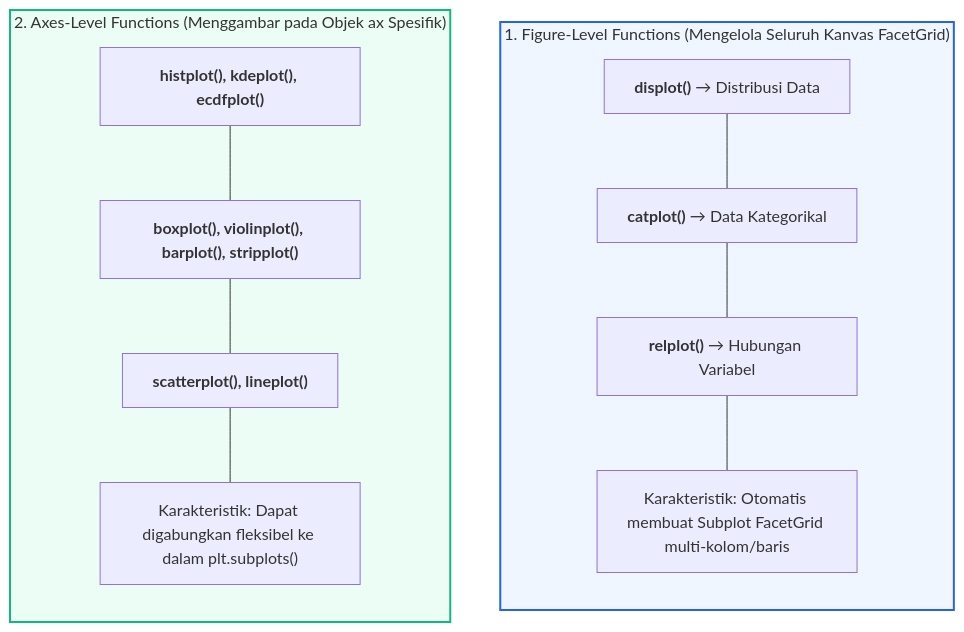
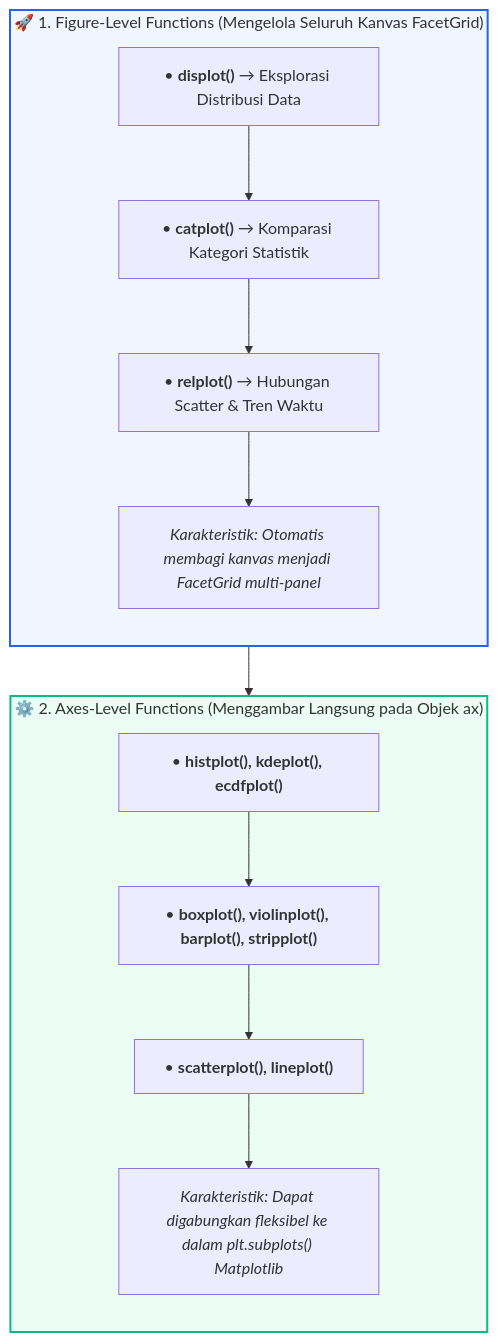
Before and after one commit to mahendaruui/Perkuliahan: the first of 2 diagrams in docs/visualisasi-data/06-seaborn-statistik-distribusi.md, drawn with Mermaid. The commit also changed other lines of this file and 15 other files, not shown here.

Commit message:
refactor: update and standardize mermaid diagrams across all documentation modules

````diff
--- a/docs/visualisasi-data/06-seaborn-statistik-distribusi.md
+++ b/docs/visualisasi-data/06-seaborn-statistik-distribusi.md
@@ -17,23 +17,23 @@
 ```mermaid
 flowchart TD
-    subgraph FigureLevel["1. Figure-Level Functions (Mengelola Seluruh Kanvas FacetGrid)"]
+    subgraph FigureLevel["🚀 1. Figure-Level Functions (Mengelola Seluruh Kanvas FacetGrid)"]
         direction TB
-        F1["<b>displot()</b> → Distribusi Data"]
-        F2["<b>catplot()</b> → Data Kategorikal"]
-        F3["<b>relplot()</b> → Hubungan Variabel"]
-        F4["Karakteristik: Otomatis membuat Subplot FacetGrid multi-kolom/baris"]
-        F1 --- F2 --- F3 --- F4
+        F1["• <b>displot()</b> → Eksplorasi Distribusi Data"]
+        --> F2["• <b>catplot()</b> → Komparasi Kategori Statistik"]
+        --> F3["• <b>relplot()</b> → Hubungan Scatter & Tren Waktu"]
+        --> F4["<i>Karakteristik: Otomatis membagi kanvas menjadi FacetGrid multi-panel</i>"]
     end
 
-    subgraph AxesLevel["2. Axes-Level Functions (Menggambar pada Objek ax Spesifik)"]
+    subgraph AxesLevel["⚙️ 2. Axes-Level Functions (Menggambar Langsung pada Objek ax)"]
         direction TB
-        A1["<b>histplot(), kdeplot(), ecdfplot()</b>"]
-        A2["<b>boxplot(), violinplot(), barplot(), stripplot()</b>"]
-        A3["<b>scatterplot(), lineplot()</b>"]
-        A4["Karakteristik: Dapat digabungkan fleksibel ke dalam plt.subplots()"]
-        A1 --- A2 --- A3 --- A4
+        A1["• <b>histplot(), kdeplot(), ecdfplot()</b>"]
+        --> A2["• <b>boxplot(), violinplot(), barplot(), stripplot()</b>"]
+        --> A3["• <b>scatterplot(), lineplot()</b>"]
+        --> A4["<i>Karakteristik: Dapat digabungkan fleksibel ke dalam plt.subplots() Matplotlib</i>"]
     end
+
+    FigureLevel --> AxesLevel
 
     style FigureLevel fill:#eff6ff,stroke:#2563eb,stroke-width:2px
     style AxesLevel fill:#ecfdf5,stroke:#10b981,stroke-width:2px
 ```
````
